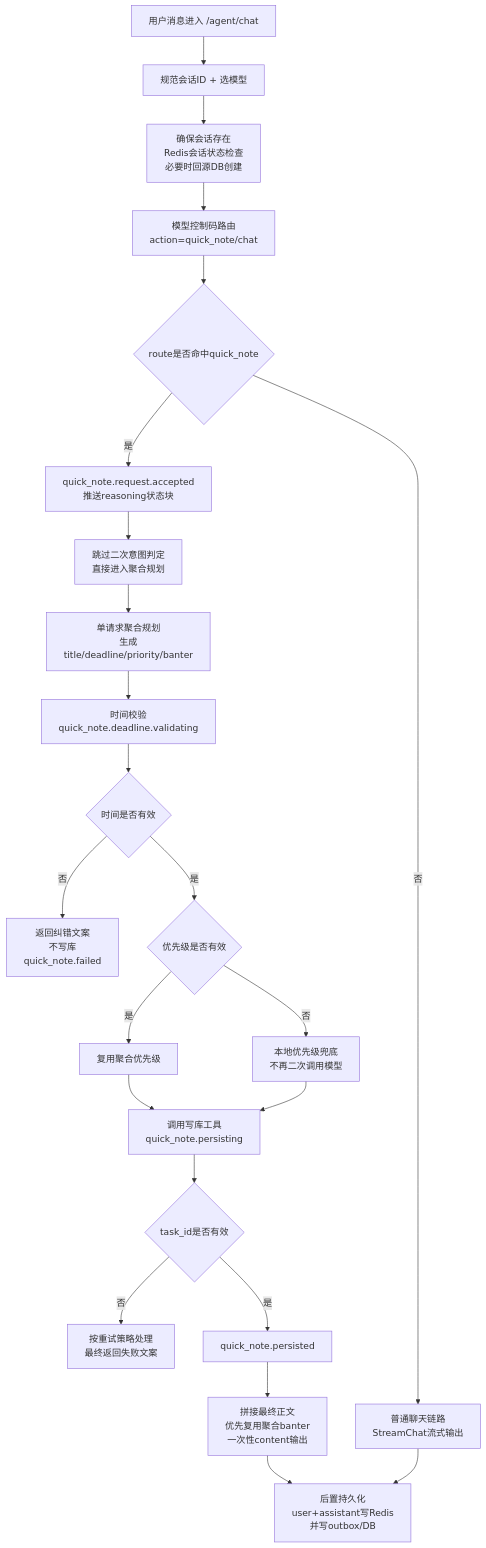
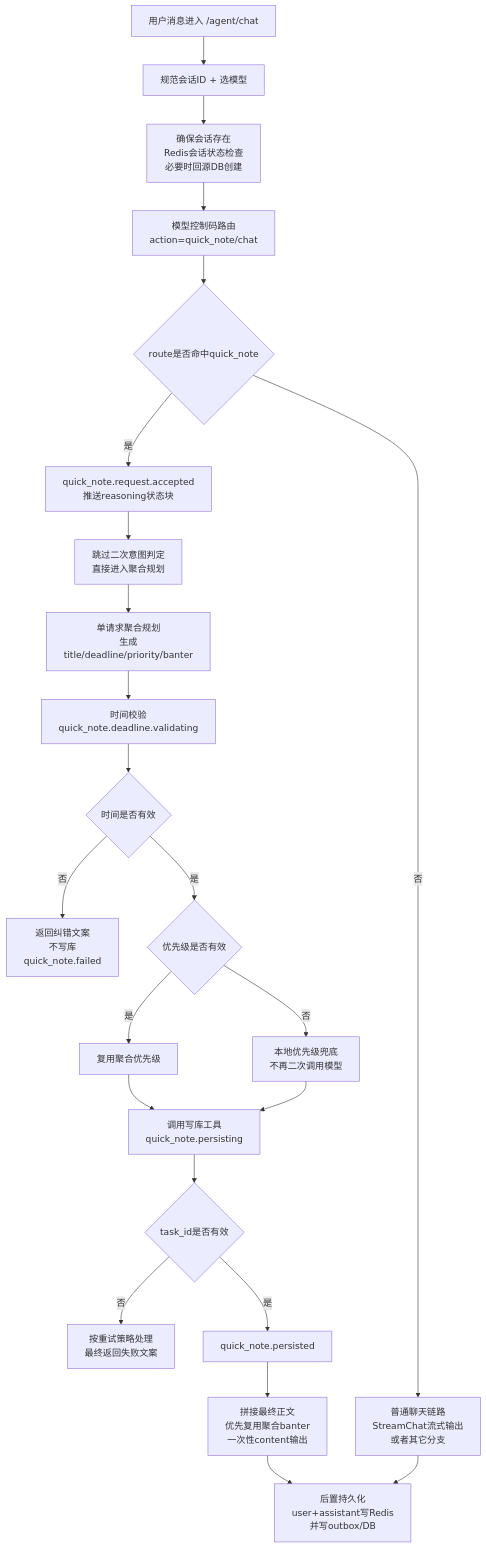
One commit to LoveLosita/SmartFlow-Agent changed the second of 3 diagrams in README.md. Above: the diagram before and after it, drawn with Mermaid. The commit also changed 18 other files, not shown here.

````diff
--- a/README.md
+++ b/README.md
@@ -385,25 +385,25 @@
 ```mermaid
 flowchart TD
     A[用户消息进入 /agent/chat] --> B[规范会话ID + 选模型]
     B --> C[确保会话存在<br/>Redis会话状态检查<br/>必要时回源DB创建]
     C --> D[模型控制码路由<br/>action=quick_note/chat]
     D --> E{route是否命中quick_note}
-    E -- 否 --> X[普通聊天链路<br/>StreamChat流式输出]
+    E -- 否 --> X[普通聊天链路<br/>StreamChat流式输出<br/>或者其它分支]
     E -- 是 --> F[quick_note.request.accepted<br/>推送reasoning状态块]
     F --> G[跳过二次意图判定<br/>直接进入聚合规划]
     G --> H[单请求聚合规划<br/>生成title/deadline/priority/banter]
     H --> I[时间校验<br/>quick_note.deadline.validating]
     I --> J{时间是否有效}
     J -- 否 --> K[返回纠错文案<br/>不写库<br/>quick_note.failed]
     J -- 是 --> L{优先级是否有效}
     L -- 是 --> M[复用聚合优先级]
     L -- 否 --> N[本地优先级兜底<br/>不再二次调用模型]
     M --> O[调用写库工具<br/>quick_note.persisting]
     N --> O
     O --> P{task_id是否有效}
     P -- 否 --> Q[按重试策略处理<br/>最终返回失败文案]
     P -- 是 --> R[quick_note.persisted]
     R --> S[拼接最终正文<br/>优先复用聚合banter<br/>一次性content输出]
     S --> T[后置持久化<br/>user+assistant写Redis<br/>并写outbox/DB]
     X --> T
 ```
````
